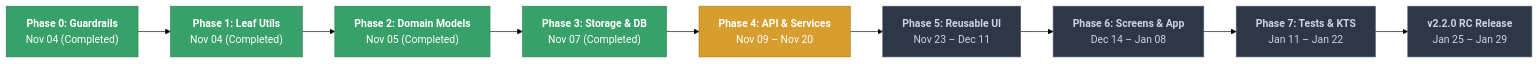
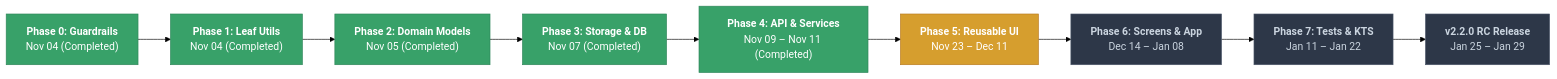
One commit to solomonrajan/cashledger changed the second of 2 diagrams in KOTLIN_MIGRATION.mdx. Above: the diagram before and after it, drawn with Mermaid (forest theme). The commit also changed other lines of this file, not shown here.

First line of the commit message:
docs(migration): mark Phase 4 completed in KOTLIN_MIGRATION.mdx

````diff
--- a/KOTLIN_MIGRATION.mdx
+++ b/KOTLIN_MIGRATION.mdx
@@ -90,18 +91,18 @@
 ```mermaid
 flowchart LR
     classDef done fill:#38A169,stroke:#2F855A,color:#FFFFFF
     classDef next fill:#D69E2E,stroke:#B7791F,color:#FFFFFF
     classDef future fill:#2D3748,stroke:#4A5568,color:#CBD5E0
 
     P0["<b>Phase 0: Guardrails</b><br/>Nov 04 (Completed)"]:::done
     P1["<b>Phase 1: Leaf Utils</b><br/>Nov 04 (Completed)"]:::done
     P2["<b>Phase 2: Domain Models</b><br/>Nov 05 (Completed)"]:::done
     P3["<b>Phase 3: Storage & DB</b><br/>Nov 07 (Completed)"]:::done
-    P4["<b>Phase 4: API & Services</b><br/>Nov 09 – Nov 20"]:::next
-    P5["<b>Phase 5: Reusable UI</b><br/>Nov 23 – Dec 11"]:::future
+    P4["<b>Phase 4: API & Services</b><br/>Nov 09 – Nov 11 (Completed)"]:::done
+    P5["<b>Phase 5: Reusable UI</b><br/>Nov 23 – Dec 11"]:::next
     P6["<b>Phase 6: Screens & App</b><br/>Dec 14 – Jan 08"]:::future
     P7["<b>Phase 7: Tests & KTS</b><br/>Jan 11 – Jan 22"]:::future
     REL["<b>v2.2.0 RC Release</b><br/>Jan 25 – Jan 29"]:::future
 
     P0 --> P1 --> P2 --> P3 --> P4 --> P5 --> P6 --> P7 --> REL
 ```
````
